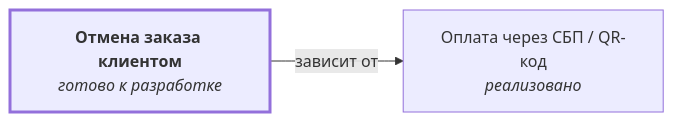
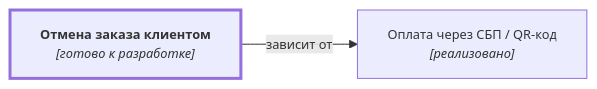
One commit to DmitryKhilko/example-app-requirements changed the diagram in docs/specifications/orders/order-cancel.md. Above: the diagram before and after it, drawn with Mermaid. The commit also changed other lines of this file and 21 other files, not shown here.

````diff
--- a/docs/specifications/orders/order-cancel.md
+++ b/docs/specifications/orders/order-cancel.md
@@ -26,12 +26,13 @@
 ```mermaid
+%%{init: {"themeVariables": {"fontSize": "12.8px"}}}%%
 flowchart LR
-    n0["<b>Отмена заказа клиентом</b><br/><i>готово к разработке</i>"]
-    n1["Оплата через СБП / QR-код<br/><i>реализовано</i>"]
+    n0["<b>Отмена заказа клиентом</b><br/><i>[готово к разработке]</i>"]
+    n1["Оплата через СБП / QR-код<br/><i>[реализовано]</i>"]
     n0 -->|"зависит от"| n1
 
     classDef current stroke-width:3px
     classDef archived stroke-dasharray:5 4
     class n0 current
 
     click n1 "../payment-sbp/"
 ```
````
